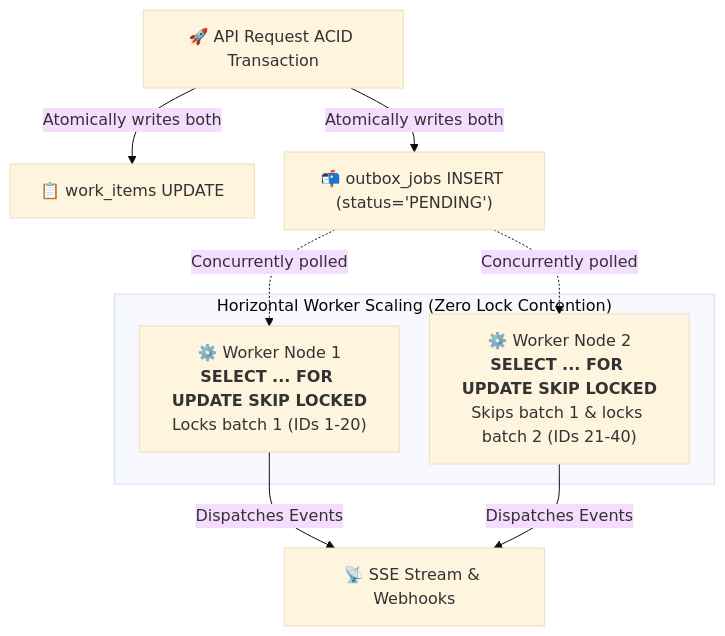
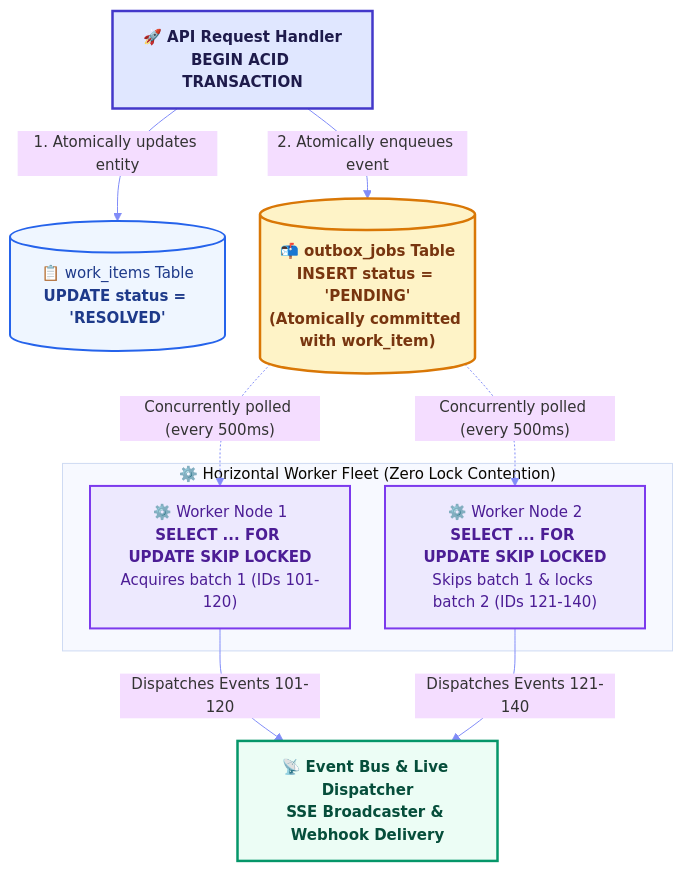
One commit to matrix-1407/OpsPulse-Newtonite changed the third of 4 diagrams in ENGINEERING_DECISIONS.md. Above: the diagram before and after it, drawn with Mermaid. The commit also changed other lines of this file and 1 other file, not shown here.

Commit message:
docs: improve readability, colors and fix Mermaid parse errors in diagrams

````diff
--- a/ENGINEERING_DECISIONS.md
+++ b/ENGINEERING_DECISIONS.md
@@ -221,31 +265,43 @@
 ```mermaid
 %%{init: {
   'theme': 'base',
   'themeVariables': {
-    'fontSize': '16px',
-    'fontFamily': 'Inter, system-ui, -apple-system, sans-serif'
+    'fontFamily': 'Inter, system-ui, -apple-system, sans-serif',
+    'fontSize': '15px',
+    'lineColor': '#818cf8',
+    'textColor': '#f8fafc'
   },
   'flowchart': {
-    'nodeSpacing': 30,
-    'rankSpacing': 40
+    'nodeSpacing': 35,
+    'rankSpacing': 45,
+    'curve': 'basis',
+    'htmlLabels': true
   }
 }}%%
 flowchart TD
-    Tx["🚀 API Request ACID Transaction"]
-    WItem["📋 work_items UPDATE"]
-    OJob["📬 outbox_jobs INSERT (status='PENDING')"]
-    
-    Tx -->|Atomically writes both| WItem
-    Tx -->|Atomically writes both| OJob
+    classDef txNode fill:#e0e7ff,stroke:#4338ca,stroke-width:2.5px,color:#1e1b4b,font-weight:bold;
+    classDef entityNode fill:#eff6ff,stroke:#2563eb,stroke-width:2px,color:#1e3a8a;
+    classDef outboxNode fill:#fef3c7,stroke:#d97706,stroke-width:2.5px,color:#78350f,font-weight:bold;
+    classDef workerNode fill:#ede9fe,stroke:#7c3aed,stroke-width:2px,color:#4c1d95;
+    classDef eventNode fill:#ecfdf5,stroke:#059669,stroke-width:2.5px,color:#064e3b,font-weight:bold;
 
-    subgraph Workers ["Horizontal Worker Scaling (Zero Lock Contention)"]
-        Worker1["⚙️ Worker Node 1<br/><b>SELECT ... FOR UPDATE SKIP LOCKED</b><br/>Locks batch 1 (IDs 1-20)"]
-        Worker2["⚙️ Worker Node 2<br/><b>SELECT ... FOR UPDATE SKIP LOCKED</b><br/>Skips batch 1 & locks batch 2 (IDs 21-40)"]
+    Tx["🚀 API Request Handler<br/><b>BEGIN ACID TRANSACTION</b>"]:::txNode
+    WItem[("📋 work_items Table<br/><b>UPDATE status = 'RESOLVED'</b>")]:::entityNode
+    OJob[("📬 outbox_jobs Table<br/><b>INSERT status = 'PENDING'</b><br/>(Atomically committed with work_item)")]:::outboxNode
+
+    Tx -->|"1. Atomically updates entity"| WItem
+    Tx -->|"2. Atomically enqueues event"| OJob
+
+    subgraph Workers ["⚙️ Horizontal Worker Fleet (Zero Lock Contention)"]
+        Worker1["⚙️ Worker Node 1<br/><b>SELECT ... FOR UPDATE SKIP LOCKED</b><br/>Acquires batch 1 (IDs 101-120)"]:::workerNode
+        Worker2["⚙️ Worker Node 2<br/><b>SELECT ... FOR UPDATE SKIP LOCKED</b><br/>Skips batch 1 & locks batch 2 (IDs 121-140)"]:::workerNode
     end
 
-    OJob -.->|Concurrently polled| Worker1
-    OJob -.->|Concurrently polled| Worker2
+    OJob -.->|"Concurrently polled (every 500ms)"| Worker1
+    OJob -.->|"Concurrently polled (every 500ms)"| Worker2
 
-    Worker1 -->|Dispatches Events| EventBus["📡 SSE Stream & Webhooks"]
-    Worker2 -->|Dispatches Events| EventBus
+    EventBus["📡 Event Bus & Live Dispatcher<br/><b>SSE Broadcaster & Webhook Delivery</b>"]:::eventNode
+
+    Worker1 -->|"Dispatches Events 101-120"| EventBus
+    Worker2 -->|"Dispatches Events 121-140"| EventBus
 ```
````
